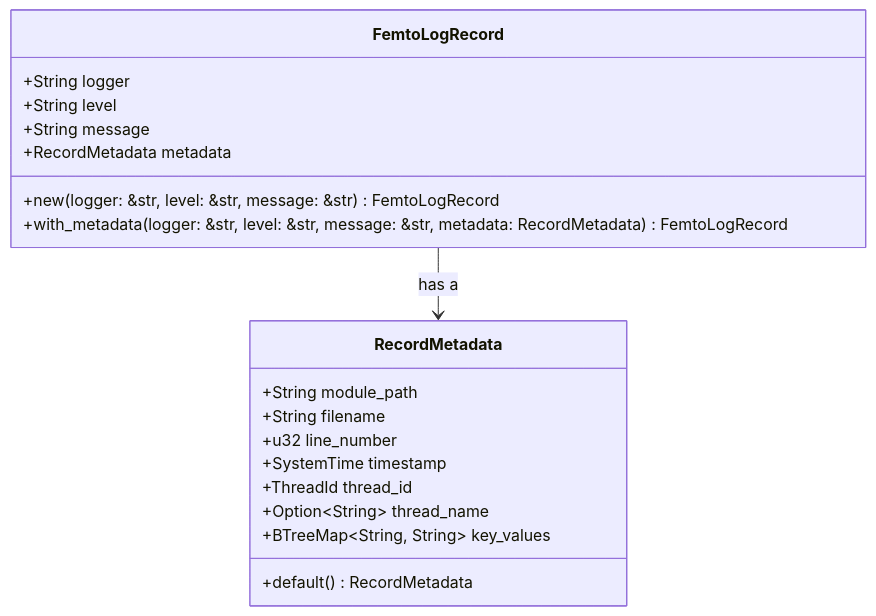
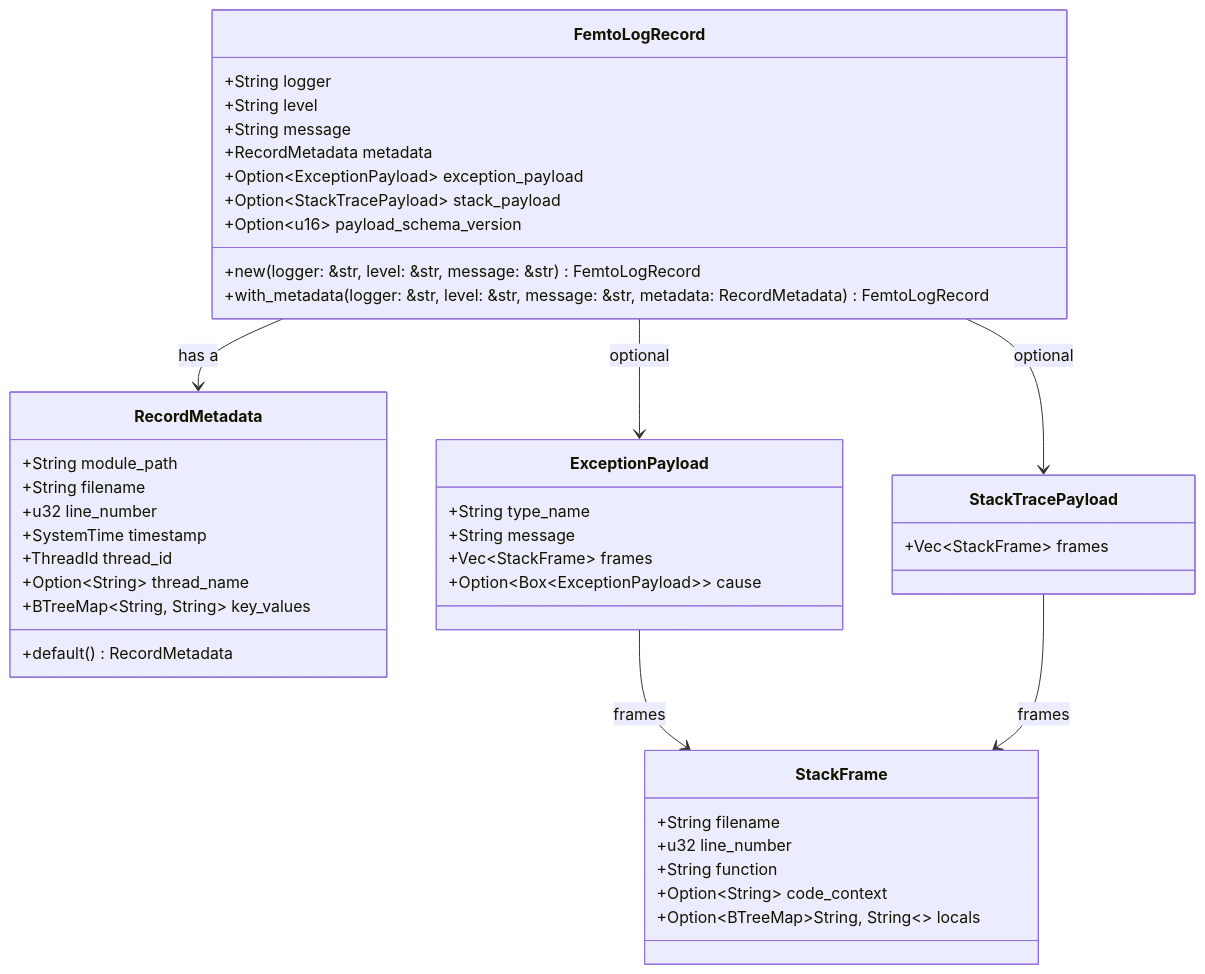
One commit to leynos/femtologging changed the third of 5 diagrams in docs/rust-multithreaded-logging-framework-for-python-design.md. Above: the diagram before and after it, drawn with Mermaid. The commit also changed other lines of this file and 1 other file, not shown here.

First line of the commit message:
feat(logging): add structured exception and stack payload schema for Python logging

````diff
--- a/docs/rust-multithreaded-logging-framework-for-python-design.md
+++ b/docs/rust-multithreaded-logging-framework-for-python-design.md
@@ -444,22 +466,45 @@
 ```mermaid
 classDiagram
     class FemtoLogRecord {
         +String logger
         +String level
         +String message
         +RecordMetadata metadata
+        +Option~ExceptionPayload~ exception_payload
+        +Option~StackTracePayload~ stack_payload
+        +Option~u16~ payload_schema_version
         +new(logger: &str, level: &str, message: &str) FemtoLogRecord
         +with_metadata(logger: &str, level: &str, message: &str, metadata: RecordMetadata) FemtoLogRecord
     }
     class RecordMetadata {
         +String module_path
         +String filename
         +u32 line_number
         +SystemTime timestamp
         +ThreadId thread_id
         +Option~String~ thread_name
         +BTreeMap~String, String~ key_values
         +default() RecordMetadata
     }
+    class ExceptionPayload {
+        +String type_name
+        +String message
+        +Vec~StackFrame~ frames
+        +Option~Box~ExceptionPayload~~ cause
+    }
+    class StackTracePayload {
+        +Vec~StackFrame~ frames
+    }
+    class StackFrame {
+        +String filename
+        +u32 line_number
+        +String function
+        +Option~String~ code_context
+        +Option~BTreeMap~String, String~~ locals
+    }
     FemtoLogRecord --> RecordMetadata : has a
+    FemtoLogRecord --> ExceptionPayload : optional
+    FemtoLogRecord --> StackTracePayload : optional
+    ExceptionPayload --> StackFrame : frames
+    StackTracePayload --> StackFrame : frames
 ```
````
